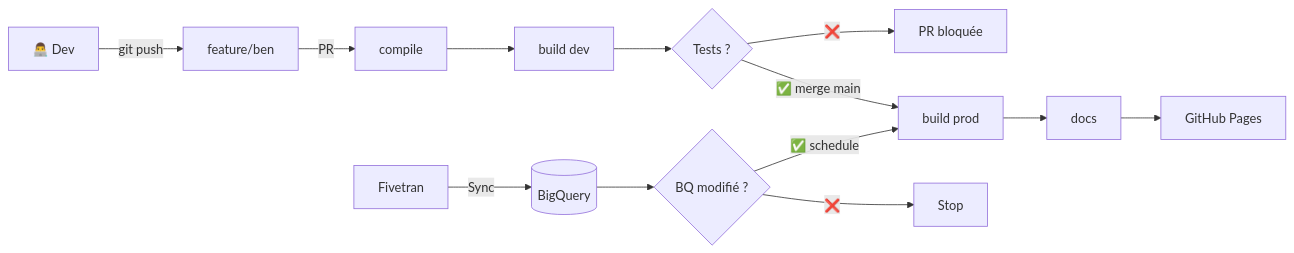
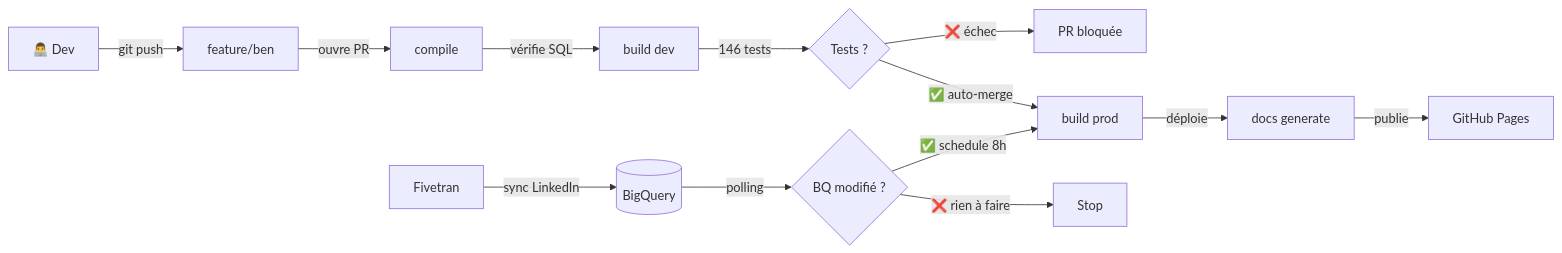
Before and after one commit to ballates/linkyhub_dbt: the third of 6 diagrams in README.md, drawn with Mermaid. The commit also changed other lines of this file, not shown here.

Commit message:
Check the mermaid graph

````diff
--- a/README.md
+++ b/README.md
@@ -222,10 +242,10 @@
 ```mermaid
 flowchart LR
-    dev[👨‍💻 Dev] -->|git push| branch[feature/ben] -->|PR| c1[compile] --> c2[build dev] --> c3{Tests ?}
-    c3 -->|❌| block[PR bloquée]
-    c3 -->|✅ merge main| d1[build prod] --> d2[docs] --> d3[GitHub Pages]
+    dev[👨‍💻 Dev] -->|"git push"| branch[feature/ben] -->|"ouvre PR"| c1[compile] -->|"vérifie SQL"| c2[build dev] -->|"146 tests"| c3{Tests ?}
+    c3 -->|"❌ échec"| block[PR bloquée]
+    c3 -->|"✅ auto-merge"| d1[build prod] -->|"déploie"| d2[docs generate] -->|"publie"| d3[GitHub Pages]
 
-    fivetran[Fivetran] -->|Sync| bq[(BigQuery)] --> t2{BQ modifié ?}
-    t2 -->|❌| t3[Stop]
-    t2 -->|✅ schedule| d1
+    fivetran[Fivetran] -->|"sync LinkedIn"| bq[(BigQuery)] -->|"polling"| t2{BQ modifié ?}
+    t2 -->|"❌ rien à faire"| t3[Stop]
+    t2 -->|"✅ schedule 8h"| d1
 ```
````
